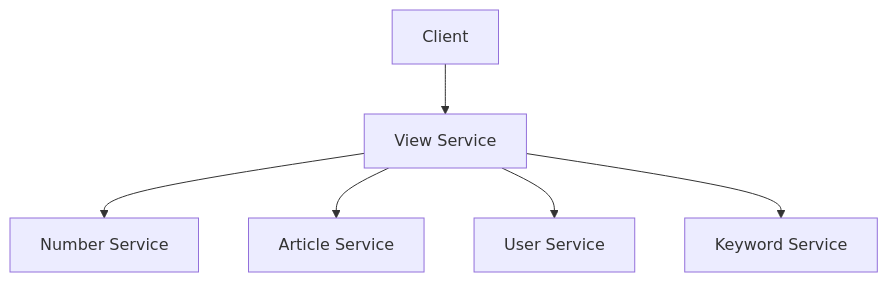
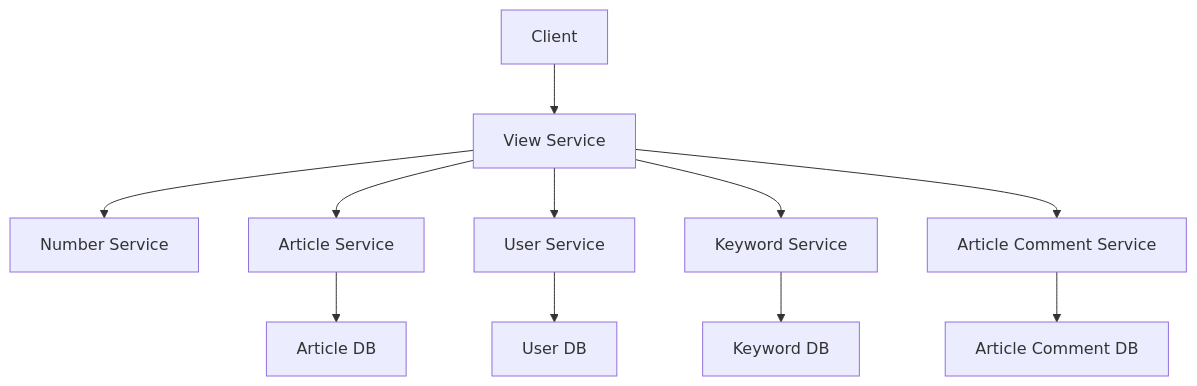
Before and after one commit to leonsteinhaeuser/example-app: the diagram in README.md, drawn with Mermaid.

Commit message:
docs(README): added article comment and keyword service to the graph

````diff
--- a/README.md
+++ b/README.md
@@ -5,8 +5,18 @@
 ```mermaid
 graph TD
   A[Client] --> B[View Service]
+
   B --> C[Number Service]
+
   B --> D[Article Service]
+  D --> D1[Article DB]
+
   B --> E[User Service]
+  E --> E1[User DB]
+
   B --> F[Keyword Service]
+  F --> F1[Keyword DB]
+
+  B --> G[Article Comment Service]
+  G --> G1[Article Comment DB]
 ```
````
